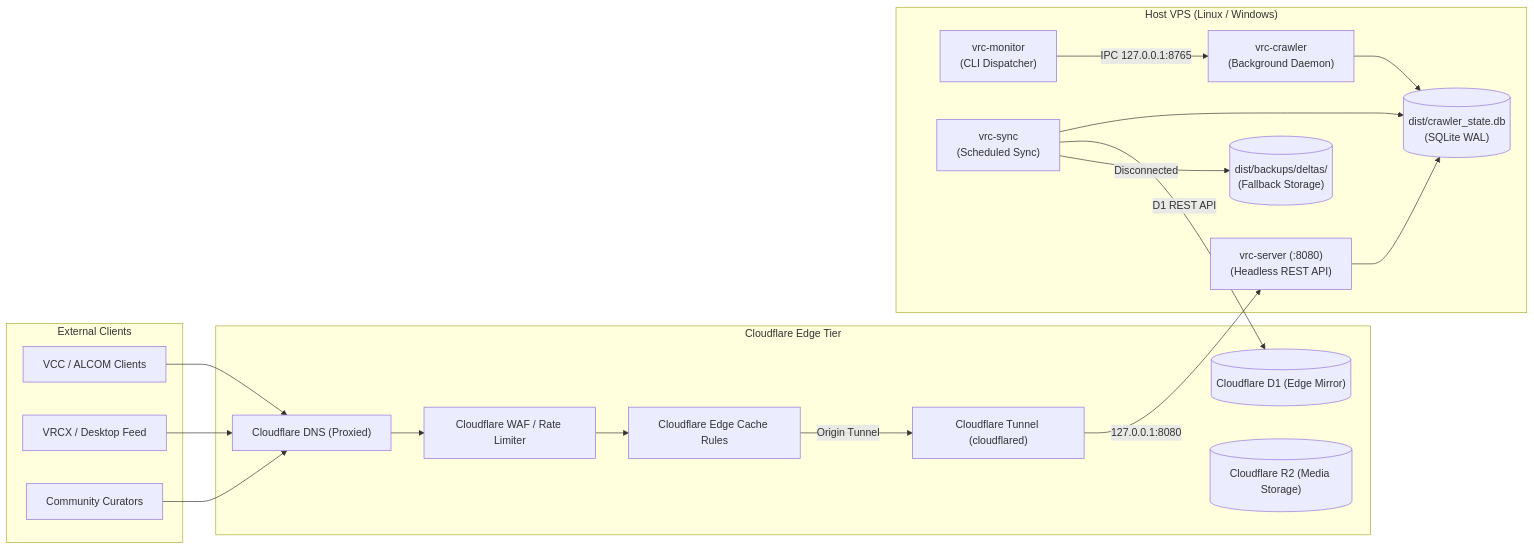
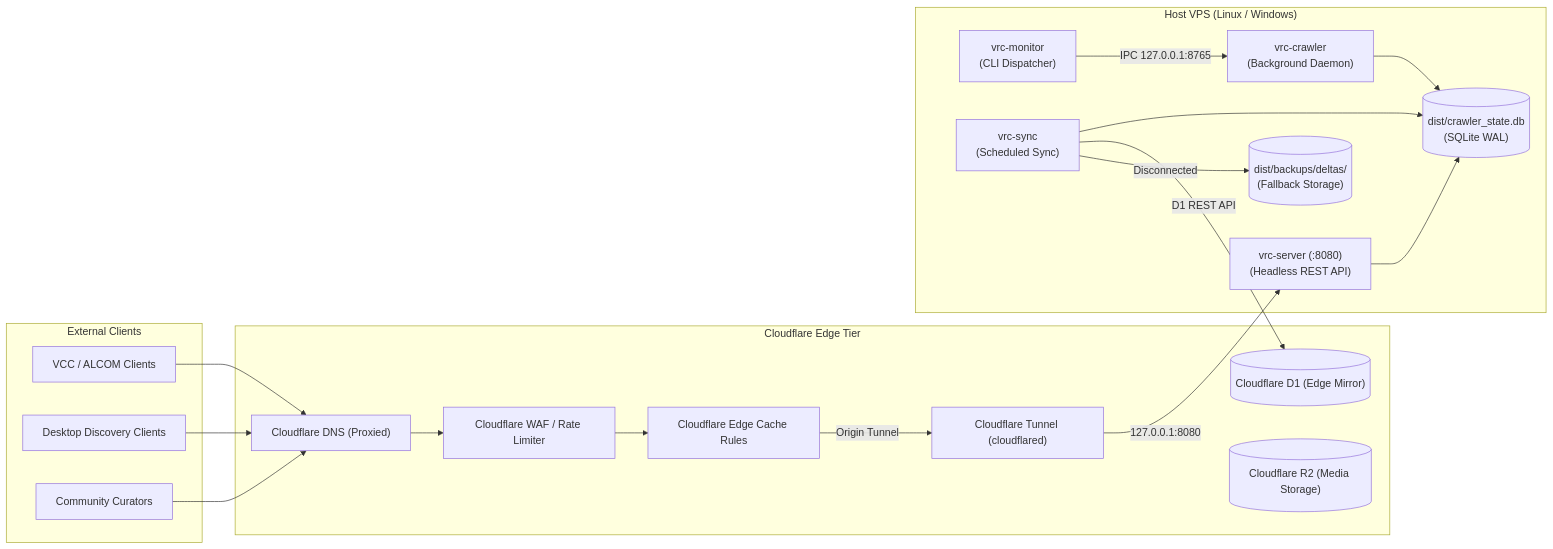
The diagram in DELEGATES.md (SlamTheDragon/vrc-package-crawler), drawn with Mermaid before and after one commit. The commit also changed 6 other files, not shown here.

````diff
--- a/DELEGATES.md
+++ b/DELEGATES.md
@@ -13,42 +13,42 @@
 ```mermaid
 flowchart LR
     subgraph "External Clients"
         VCC["VCC / ALCOM Clients"]
-        VRCX["VRCX / Desktop Feed"]
+        DESKTOP["Desktop Discovery Clients"]
         USER["Community Curators"]
     end
 
     subgraph "Cloudflare Edge Tier"
         CF_DNS["Cloudflare DNS (Proxied)"]
         CF_WAF["Cloudflare WAF / Rate Limiter"]
         CF_CACHE["Cloudflare Edge Cache Rules"]
         CF_TUNNEL["Cloudflare Tunnel (cloudflared)"]
         CF_D1[("Cloudflare D1 (Edge Mirror)")]
         CF_R2[("Cloudflare R2 (Media Storage)")]
     end
 
     subgraph "Host VPS (Linux / Windows)"
         SERVER["vrc-server (:8080)\n(Headless REST API)"]
         CRAWLER["vrc-crawler\n(Background Daemon)"]
         MONITOR["vrc-monitor\n(CLI Dispatcher)"]
         LOCAL_DB[("dist/crawler_state.db\n(SQLite WAL)")]
         LOCAL_BACKUP[("dist/backups/deltas/\n(Fallback Storage)")]
         SYNC_TOOL["vrc-sync\n(Scheduled Sync)"]
     end
 
     VCC --> CF_DNS
-    VRCX --> CF_DNS
+    DESKTOP --> CF_DNS
     USER --> CF_DNS
 
     CF_DNS --> CF_WAF
     CF_WAF --> CF_CACHE
     CF_CACHE -->|Origin Tunnel| CF_TUNNEL
     CF_TUNNEL -->|127.0.0.1:8080| SERVER
 
     SERVER --> LOCAL_DB
     CRAWLER --> LOCAL_DB
     MONITOR -->|IPC 127.0.0.1:8765| CRAWLER
     SYNC_TOOL --> LOCAL_DB
     SYNC_TOOL -->|D1 REST API| CF_D1
     SYNC_TOOL -->|Disconnected| LOCAL_BACKUP
 ```
````
